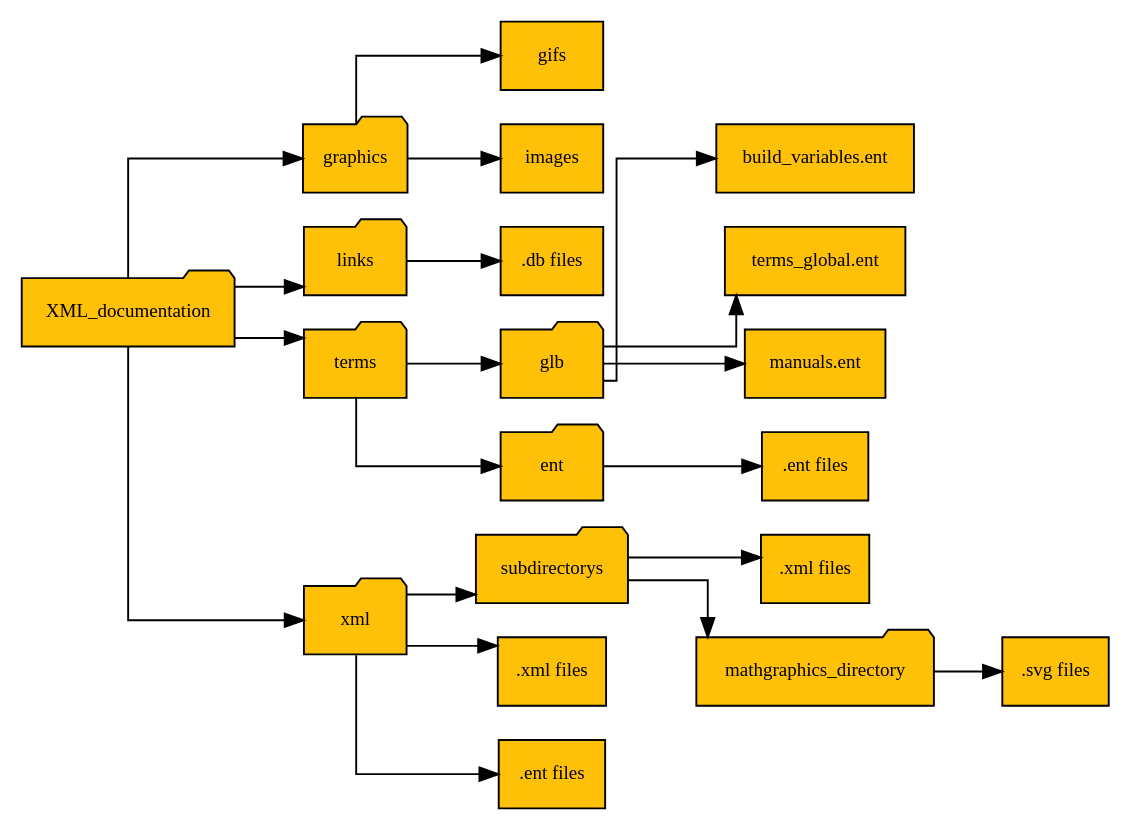
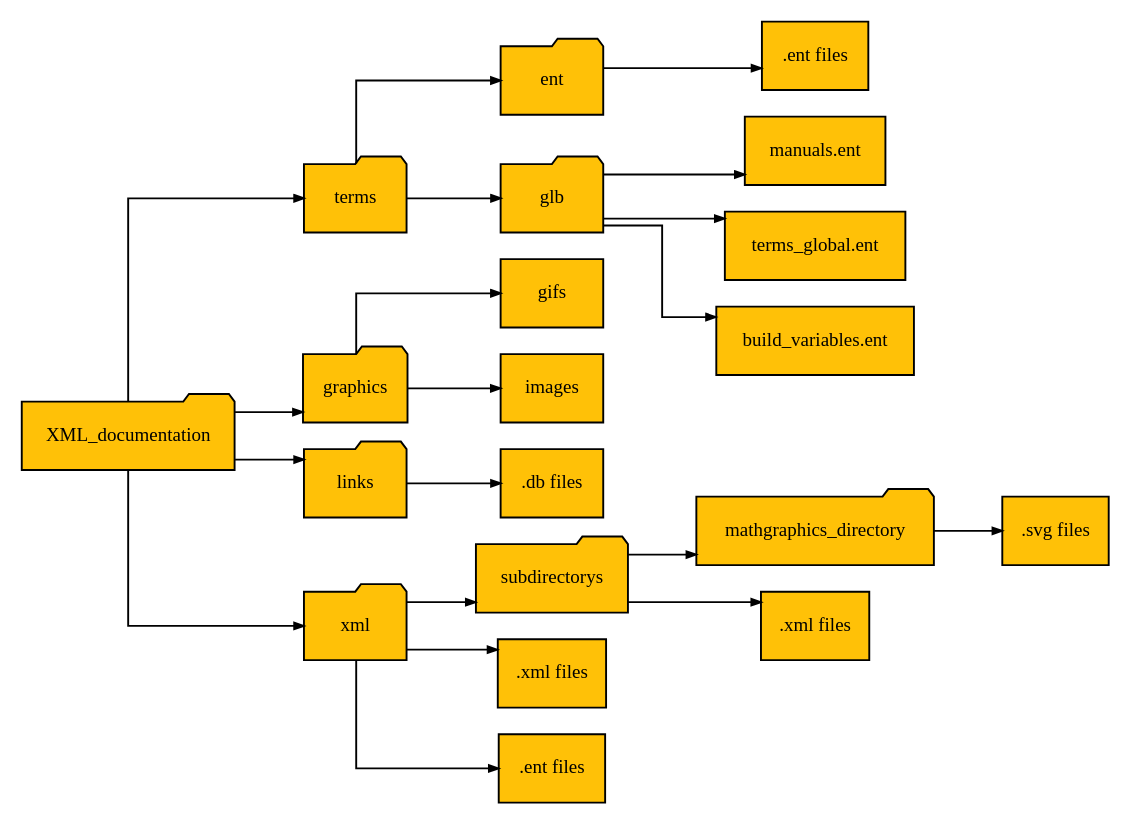
Before and after one commit to ansys/pyconverter-xml2py: the diagram in doc/source/getting_started/diags/diag_directory.rst, drawn with Graphviz. The commit also changed 1 other file, not shown here.

Commit message:
Fixing graphic of the pre-defined directory format

```diff
--- a/doc/source/getting_started/diags/diag_directory.rst
+++ b/doc/source/getting_started/diags/diag_directory.rst
@@ -8,118 +8,123 @@
          rankdir="LR";
          bgcolor="white";
          graph [
-           fontname="Verdana", fontsize="10", color="black", fillcolor="white", splines=ortho
+           fontname="Verdana", fontsize="10", color="black", fillcolor="white", splines=ortho, nodesep=0.2
          ];
          node [
-           fontname="Verdana", fontsize="10", style="filled", color="black", fillcolor="#ffc107"
+           fontname="Verdana", fontsize="10", style="filled", color="black", fillcolor="#ffc107", shape="rarrow"
          ];
+         edge[
+          arrowsize="0.5"
+         ]
 
          XML_directory [
            label="XML_documentation", shape="folder"
          ];
 
+         terms [
+           label="terms", shape="folder"
+         ];
+
+         character_directory [
+           label="ent", shape="folder"
+         ];
+
+         cd_ent_files [
+           label=".ent files", shape="file"
+         ];
+
+         glb [
+           label="glb", shape="folder"
+         ];
+
+         manual_file [
+           label="manuals.ent", shape="file"
+         ];
+        
+         global_terms_file [
+           label="terms_global.ent", shape="file"
+         ];
+
+         variable_file [
+           label="build_variables.ent", shape="file"
+         ];
+
          graphics [
            label="graphics", shape="folder"
-         ]
+         ];
 
          gifs [
            label="gifs", shape="file"
-         ]
+         ];
 
          images [
            label="images", shape="file"
-         ]
+         ];
 
          links [
            label="links", shape="folder"
-         ]
+         ];
 
          db_files [
            label=".db files", shape="file"
-         ]
-
-         terms [
-           label="terms", shape="folder"
-         ]
-
-         glb [
-           label="glb", shape="folder"
-         ]
-
-         variable_file [
-           label="build_variables.ent", shape="file"
-         ]
-
-         global_terms_file [
-           label="terms_global.ent", shape="file"
-         ]
-
-         manual_file [
-           label="manuals.ent", shape="file"
-         ]
-
-         character_directory [
-           label="ent", shape="folder"
-         ]
-
-         cd_ent_files [
-           label=".ent files", shape="file"
-         ]
+         ];
 
          xml [
            label="xml", shape="folder"
-         ]
+         ];
 
          subdirectorys [
            label="subdirectorys", shape="folder"
-         ]
+         ];
+
+         mathgraphics_directory [
+           label="mathgraphics_directory", shape="folder"
+         ];
+
+         svg_files [
+           label=".svg files", shape="file"
+         ];
 
          sub_xml_files[
            label=".xml files", shape="file"
-         ]
-
-         mathgraphics_directory [
-           label="mathgraphics_directory", shape="folder"
-         ]
-
-         svg_files [
-           label=".svg files", shape="file"
-         ]
+         ];
 
          xml_xml_files [
            label=".xml files", shape="file"
-         ]
+         ];
 
          xml_ent_files [
            label=".ent files", shape="file"
-         ]
+         ];
 
+
+      XML_directory -> terms
       XML_directory -> graphics
       XML_directory -> links
-      XML_directory -> terms
       XML_directory -> xml
+
+      terms -> character_directory
+
+      character_directory -> cd_ent_files
+
+      terms -> glb
+      
+      glb -> manual_file
+      glb -> global_terms_file
+      glb -> variable_file
 
       graphics -> gifs
       graphics -> images
 
       links -> db_files
 
-      terms -> glb
-      terms -> character_directory
-
-      glb -> variable_file
-      glb -> global_terms_file
-      glb -> manual_file
-
-      character_directory -> cd_ent_files
-
       xml -> subdirectorys
       xml -> xml_xml_files
       xml -> xml_ent_files
 
-      subdirectorys -> sub_xml_files
       subdirectorys -> mathgraphics_directory
-
       mathgraphics_directory -> svg_files
 
+      subdirectorys -> sub_xml_files
+
      }
```
